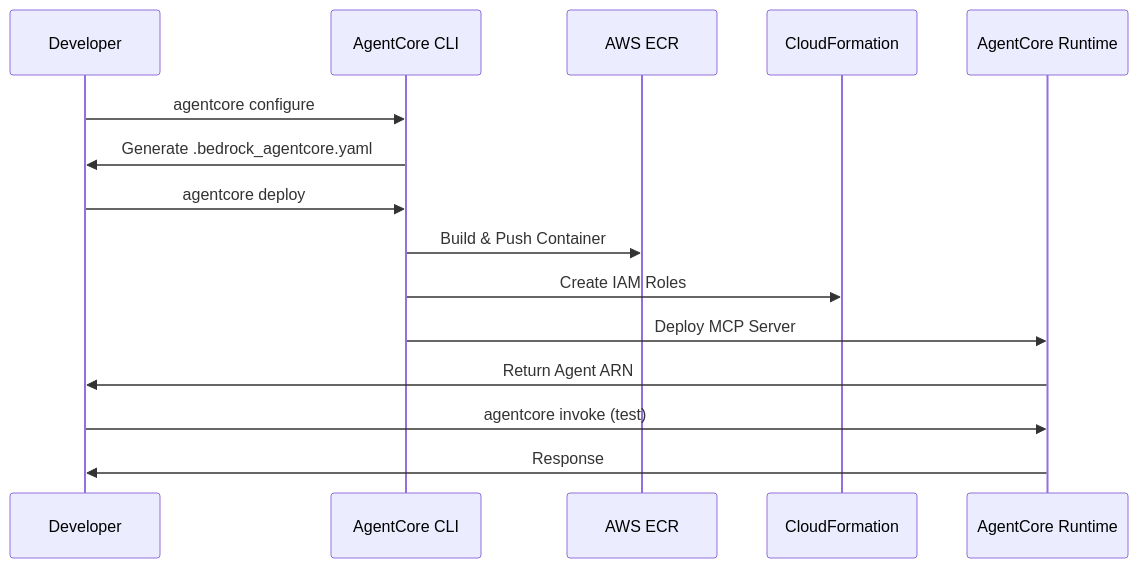
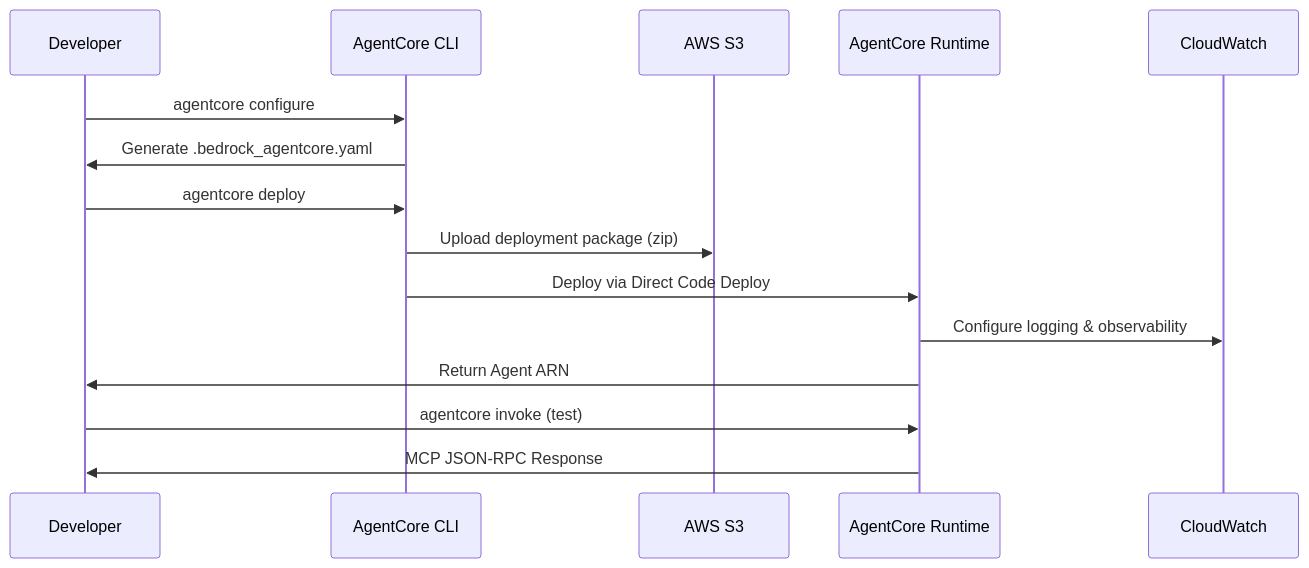
Before and after one commit to SuphakornP/postgres-mcp: the second of 5 diagrams in docs/DEPLOYMENT_GUIDE.md, drawn with Mermaid. The commit also changed other lines of this file and 1 other file, not shown here.

First line of the commit message:
Add changelog, AWS Secrets Manager integration, and comprehensive deployment documentation

````diff
--- a/docs/DEPLOYMENT_GUIDE.md
+++ b/docs/DEPLOYMENT_GUIDE.md
@@ -199,18 +216,18 @@
 ```mermaid
 sequenceDiagram
     participant Dev as Developer
     participant CLI as AgentCore CLI
-    participant ECR as AWS ECR
-    participant CF as CloudFormation
+    participant S3 as AWS S3
     participant AC as AgentCore Runtime
+    participant CW as CloudWatch
 
     Dev->>CLI: agentcore configure
     CLI->>Dev: Generate .bedrock_agentcore.yaml
     Dev->>CLI: agentcore deploy
-    CLI->>ECR: Build & Push Container
-    CLI->>CF: Create IAM Roles
-    CLI->>AC: Deploy MCP Server
+    CLI->>S3: Upload deployment package (zip)
+    CLI->>AC: Deploy via Direct Code Deploy
+    AC->>CW: Configure logging & observability
     AC->>Dev: Return Agent ARN
     Dev->>AC: agentcore invoke (test)
-    AC->>Dev: Response
+    AC->>Dev: MCP JSON-RPC Response
 ```
````
